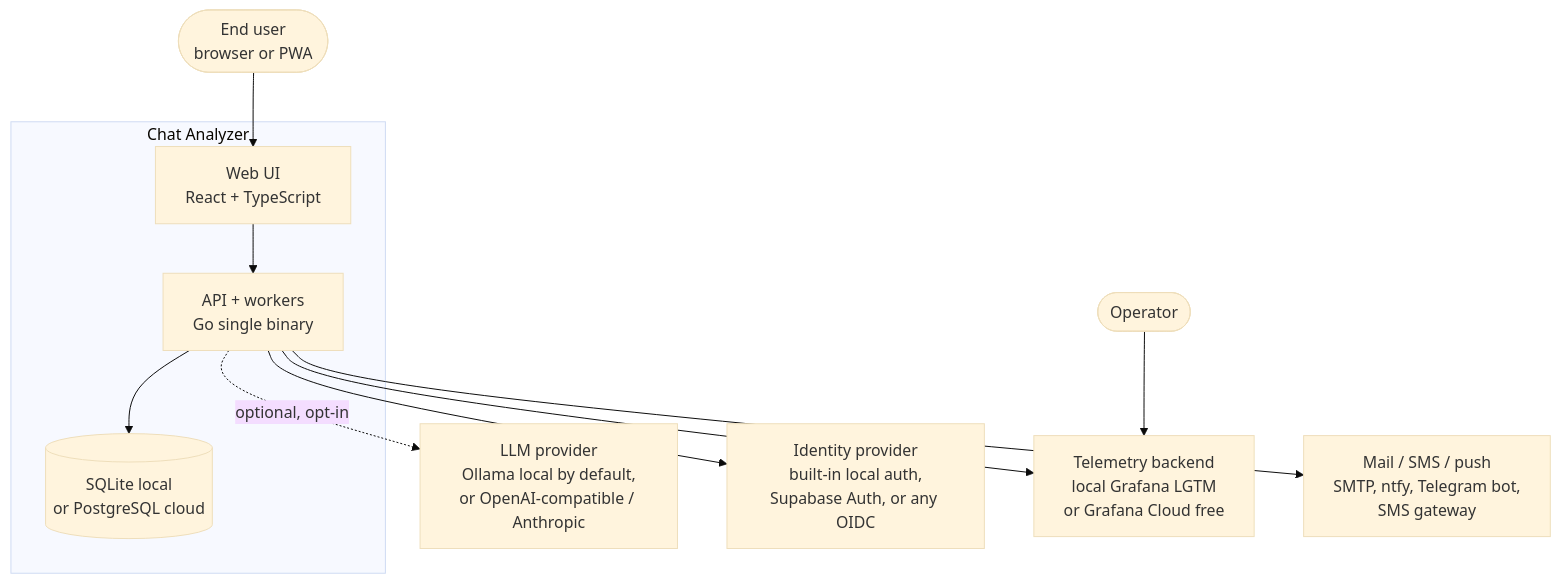
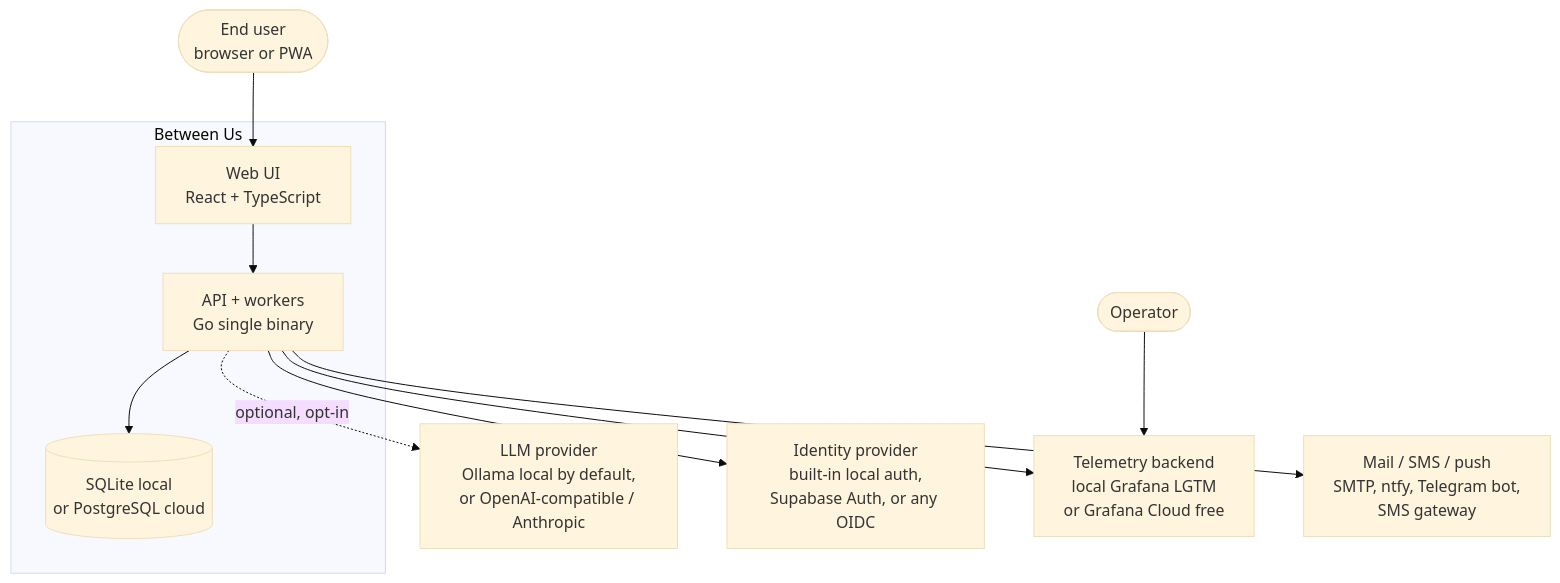
One commit to KshitijV97/between-us changed the second of 2 diagrams in docs/01-requirements.md. Above: the diagram before and after it, drawn with Mermaid (base theme). The commit also changed other lines of this file and 70 other files, not shown here.

````diff
--- a/docs/01-requirements.md
+++ b/docs/01-requirements.md
@@ -142,21 +142,21 @@
 ```mermaid
 flowchart TB
     user([End user<br/>browser or PWA])
     admin([Operator])
-    subgraph CA[Chat Analyzer]
+    subgraph CA[Between Us]
         web[Web UI<br/>React + TypeScript]
         api[API + workers<br/>Go single binary]
         db[(SQLite local<br/>or PostgreSQL cloud)]
     end
     llm[LLM provider<br/>Ollama local by default,<br/>or OpenAI-compatible / Anthropic]
     idp[Identity provider<br/>built-in local auth,<br/>Supabase Auth, or any OIDC]
     otel[Telemetry backend<br/>local Grafana LGTM<br/>or Grafana Cloud free]
     mail[Mail / SMS / push<br/>SMTP, ntfy, Telegram bot,<br/>SMS gateway]
 
     user --> web --> api --> db
     api -.optional, opt-in.-> llm
     api --> idp
     api --> otel
     api --> mail
     admin --> otel
 ```
````
